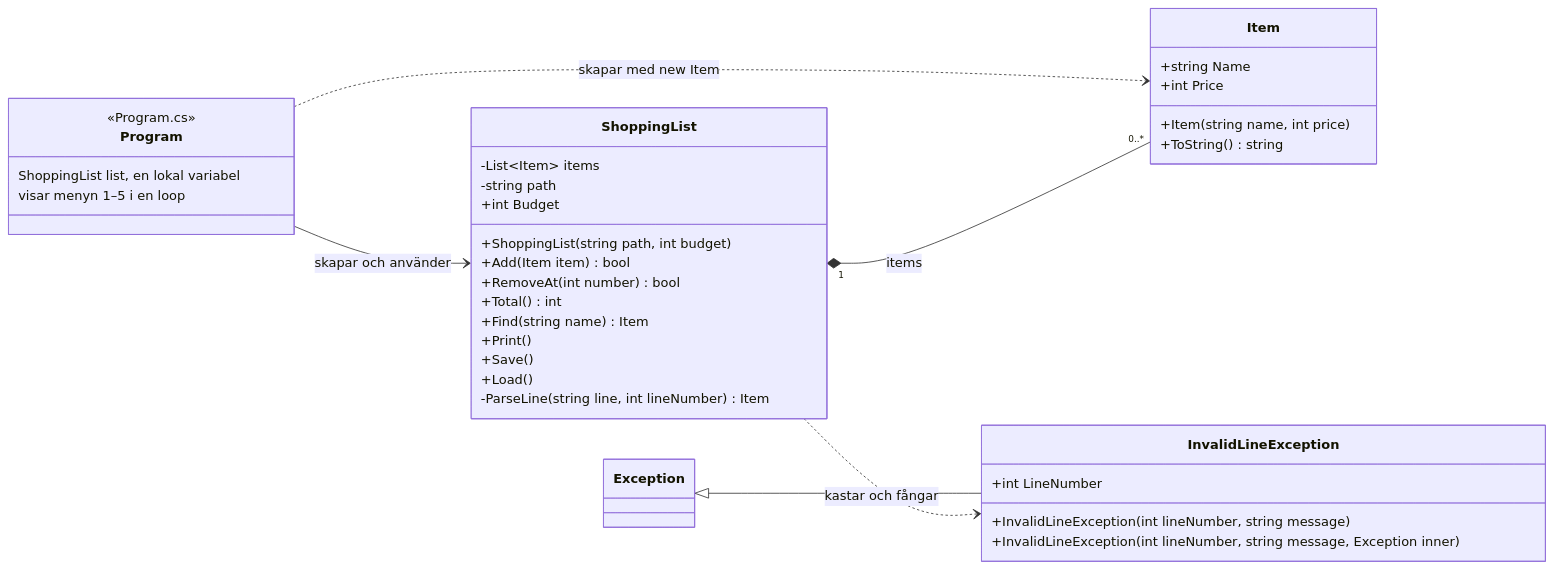
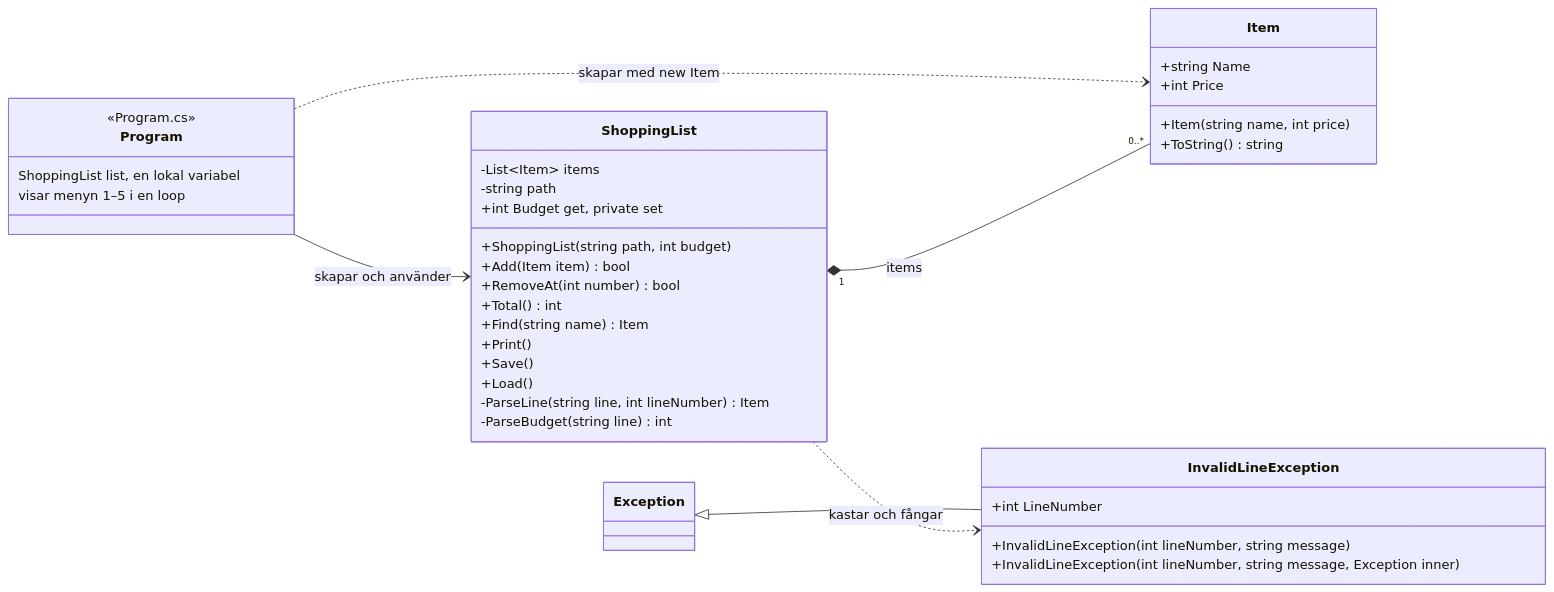
The diagram in README.md (aliteex55-bit/Del-B-med-felen-brorsan-), drawn with Mermaid before and after one commit. The commit also changed other lines of this file, not shown here.

Commit message:
Utbyggnad U4-3: beskriv U4 i README och uppdatera klassdiagrammet

````diff
--- a/README.md
+++ b/README.md
@@ -158,39 +173,40 @@
 ```mermaid
 classDiagram
     direction LR
     class Program {
         <<Program.cs>>
         ShoppingList list, en lokal variabel
         visar menyn 1–5 i en loop
     }
     class ShoppingList {
         -List~Item~ items
         -string path
-        +int Budget
+        +int Budget get, private set
         +ShoppingList(string path, int budget)
         +Add(Item item) bool
         +RemoveAt(int number) bool
         +Total() int
         +Find(string name) Item
         +Print()
         +Save()
         +Load()
         -ParseLine(string line, int lineNumber) Item
+        -ParseBudget(string line) int
     }
     class Item {
         +string Name
         +int Price
         +Item(string name, int price)
         +ToString() string
     }
     class InvalidLineException {
         +int LineNumber
         +InvalidLineException(int lineNumber, string message)
         +InvalidLineException(int lineNumber, string message, Exception inner)
     }
     Program --> ShoppingList : skapar och använder
     Program ..> Item : skapar med new Item
     ShoppingList "1" *-- "0..*" Item : items
     Exception <|-- InvalidLineException
     ShoppingList ..> InvalidLineException : kastar och fångar
 ```
````
